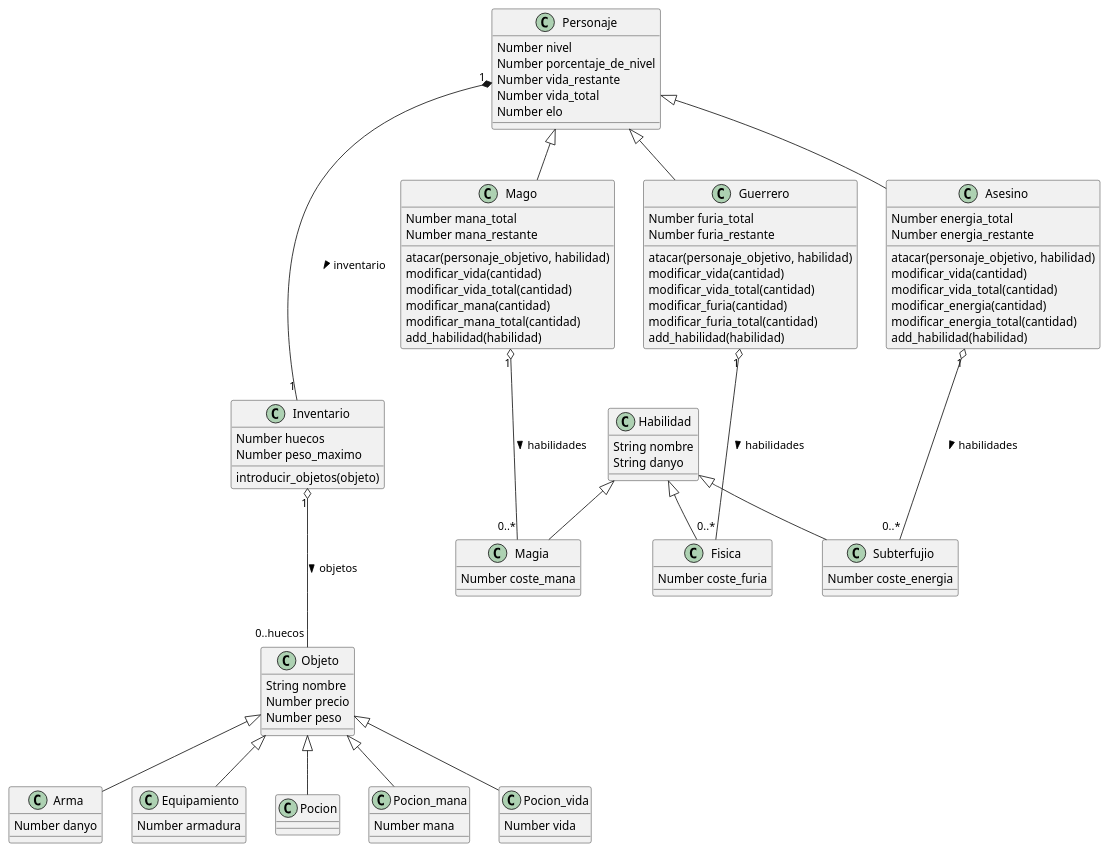
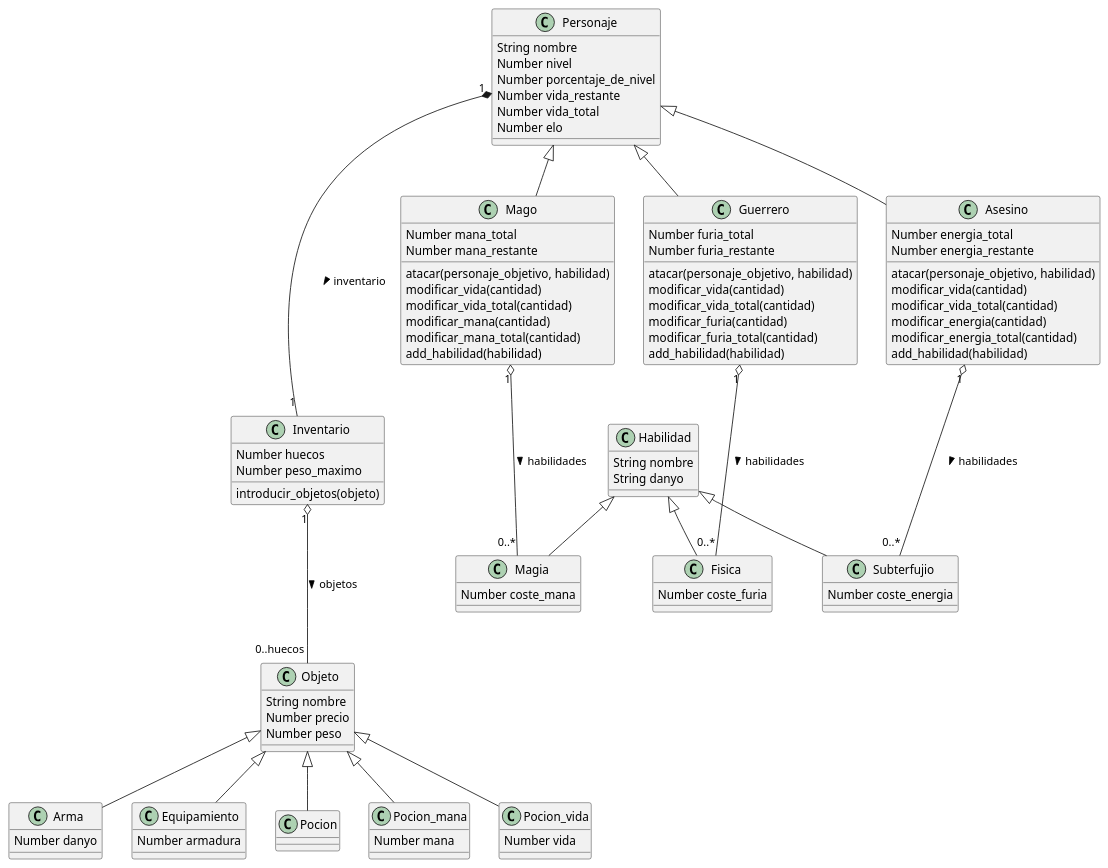
One commit to manelme/alan-game changed the diagram in DiagramaClases.puml. Above: the diagram before and after it, drawn with PlantUML.

Commit message:
added nombre to personaje

```diff
--- a/DiagramaClases.puml
+++ b/DiagramaClases.puml
@@ -1,95 +1,96 @@
 @startuml DiagramaClases
 
 Personaje "1" *--- "1" Inventario : inventario >
 Guerrero "1" o--- "0..*" Fisica: habilidades >
 Mago "1" o--- "0..*" Magia: habilidades >
 Asesino "1" o--- "0..*" Subterfujio: habilidades >
 Inventario "1" o--- "0..huecos" Objeto: objetos >
 
 Personaje <|-- Guerrero
 Personaje <|-- Mago
 Personaje <|-- Asesino
 
 Habilidad <|-- Fisica
 Habilidad <|-- Subterfujio
 Habilidad <|-- Magia
 
 Objeto <|-- Arma
 Objeto <|-- Equipamiento
 Objeto <|-- Pocion
 Objeto <|-- Pocion_mana
 Objeto <|-- Pocion_vida
 
 class Personaje {
+    String nombre
     Number nivel
     Number porcentaje_de_nivel
     Number vida_restante
     Number vida_total
     Number elo
 }
 class Guerrero{
     Number furia_total
     Number furia_restante
     atacar(personaje_objetivo, habilidad)
     modificar_vida(cantidad)
     modificar_vida_total(cantidad)
     modificar_furia(cantidad)
     modificar_furia_total(cantidad)
     add_habilidad(habilidad)
 }
 class Mago{
     Number mana_total
     Number mana_restante
     atacar(personaje_objetivo, habilidad)
     modificar_vida(cantidad)
     modificar_vida_total(cantidad)
     modificar_mana(cantidad)
     modificar_mana_total(cantidad)
     add_habilidad(habilidad)
 }
 class Asesino{
     Number energia_total
     Number energia_restante
     atacar(personaje_objetivo, habilidad)
     modificar_vida(cantidad)
     modificar_vida_total(cantidad)
     modificar_energia(cantidad)
     modificar_energia_total(cantidad)
     add_habilidad(habilidad)
 }
 class Objeto{
     String nombre
     Number precio
     Number peso
 }
 class Inventario{
     Number huecos
     Number peso_maximo
     introducir_objetos(objeto)
 }
 class Equipamiento{
     Number armadura
 }
 class Arma{
     Number danyo
 }
 class Pocion_mana{
     Number mana
 }
 class Pocion_vida{
     Number vida
 }
 class Habilidad{
     String nombre
     String danyo
 }
 class Magia{
     Number coste_mana
 }
 class Fisica{
     Number coste_furia
 }
 class Subterfujio{
     Number coste_energia
 }
 @enduml
```
